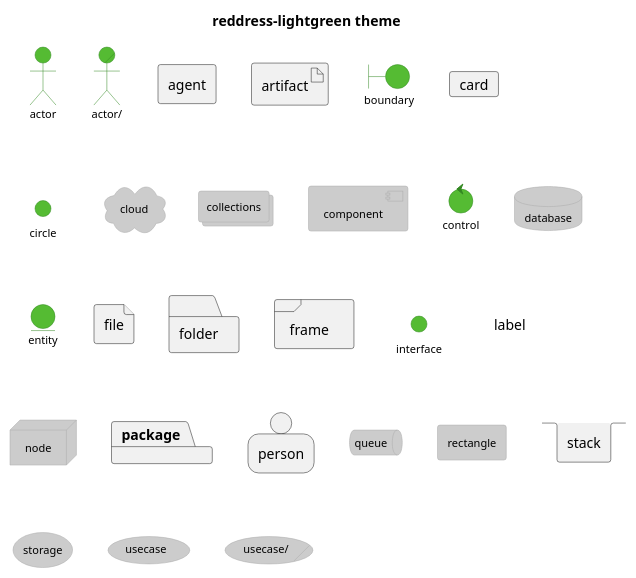
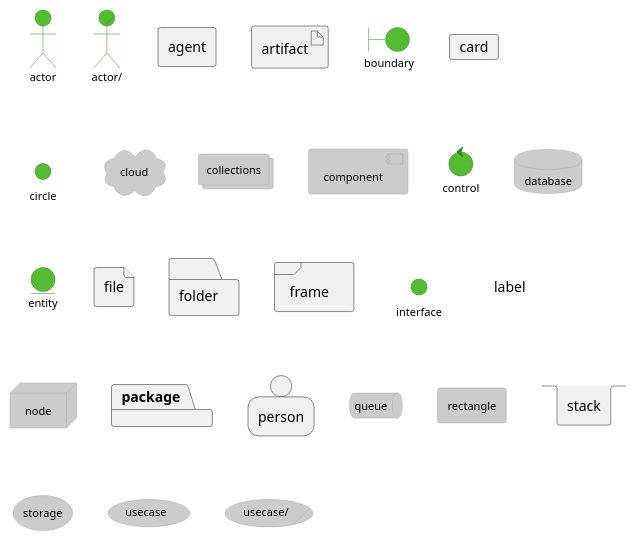
One commit to The-Lum/puml-themes-gallery changed the diagram in gallery/Deployment-reddress-lightgreen.puml. Above: the diagram before and after it, drawn with PlantUML. The commit also changed 1403 other files, not shown here.

```diff
--- a/gallery/Deployment-reddress-lightgreen.puml
+++ b/gallery/Deployment-reddress-lightgreen.puml
@@ -5,32 +5,31 @@
 @startuml
 !theme reddress-lightgreen
-title reddress-lightgreen theme
 actor actor
 actor/ "actor/"
 agent agent
 artifact artifact
 boundary boundary
 card card
 circle circle
 cloud cloud
 collections collections
 component component
 control control
 database database
 entity entity
 file file
 folder folder
 frame frame
 'hexagon hexagon
 interface interface
 label label
 node node
 package package
 person person
 queue queue
 rectangle rectangle
 stack stack
 storage storage
 usecase usecase
 usecase/ "usecase/"
 @enduml
```
